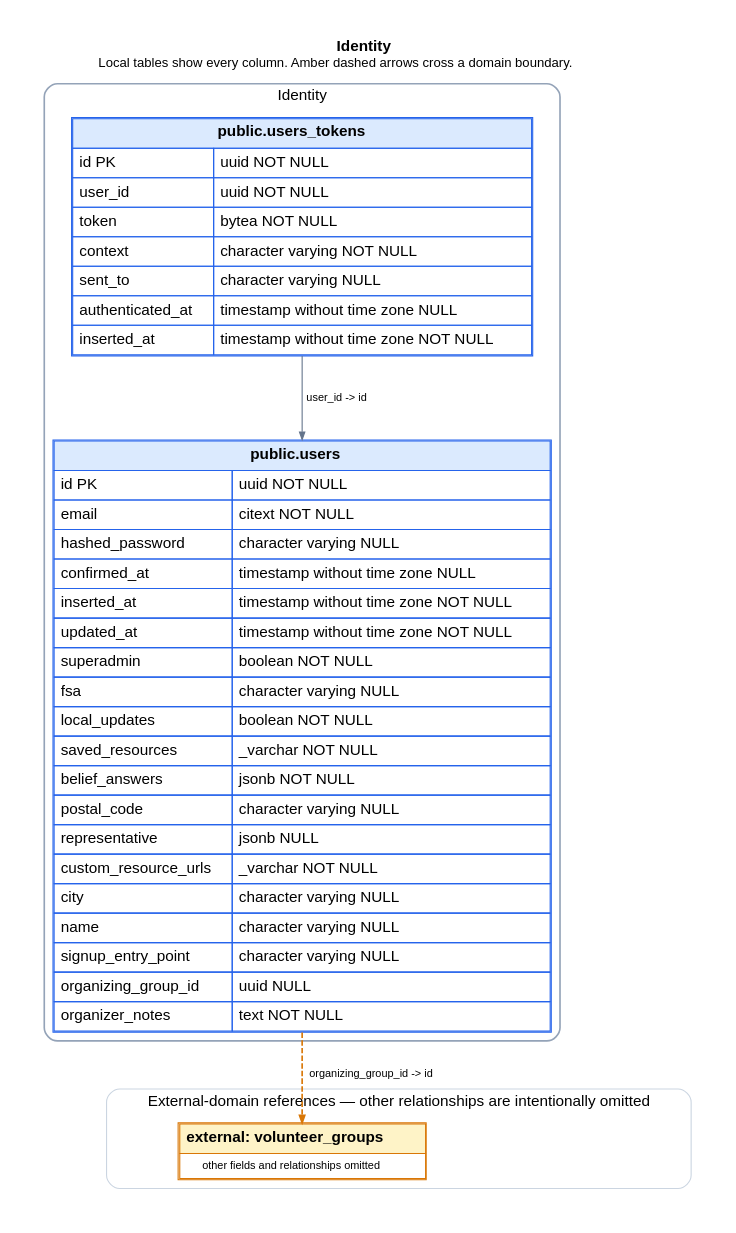
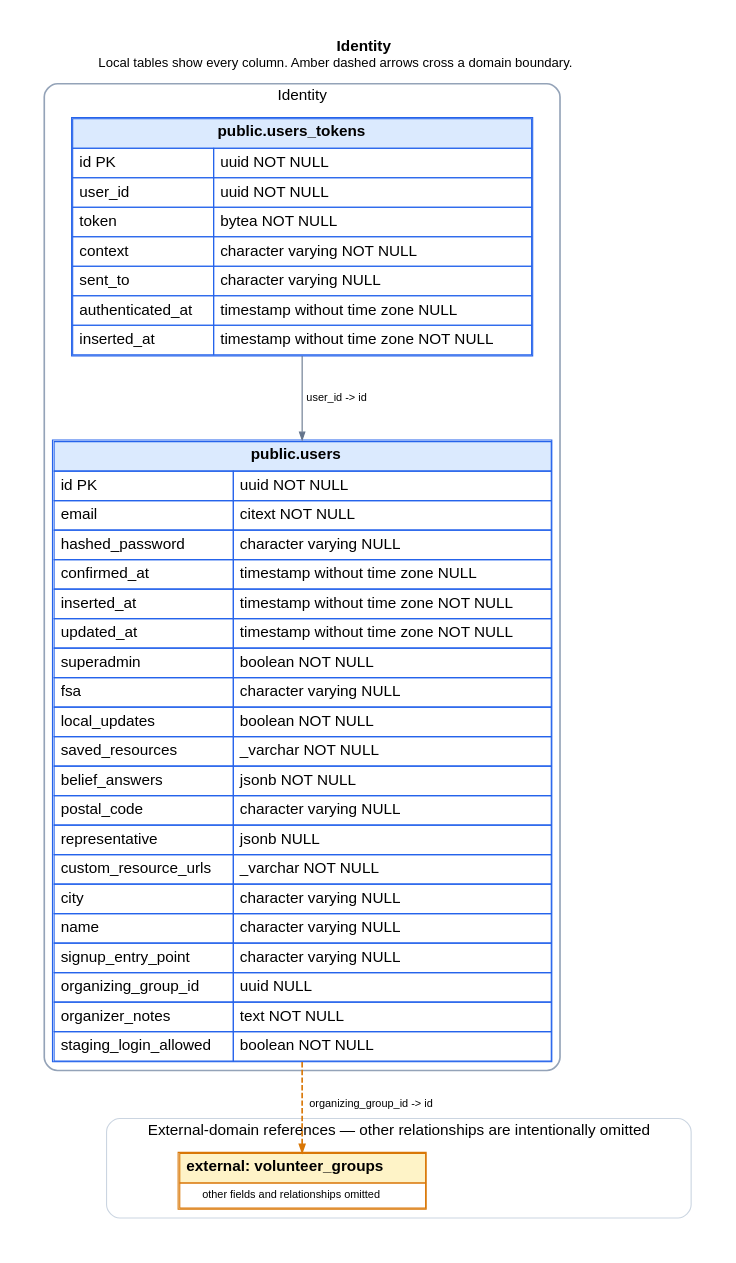
One commit to ogourment/pauseai.ca-website changed the diagram in docs/schema/domains/identity.dot. Above: the diagram before and after it, drawn with Graphviz. The commit also changed 29 other files, not shown here.

```diff
--- a/docs/schema/domains/identity.dot
+++ b/docs/schema/domains/identity.dot
@@ -1,45 +1,45 @@
 digraph identity {
   graph [rankdir=TB, bgcolor="white", pad=0.35, nodesep=0.6, ranksep=0.9, fontname="Helvetica"];
   node [shape=plain, fontname="Helvetica"];
   edge [fontname="Helvetica", fontsize=10, arrowsize=0.7];
   labelloc="t";
   label=< <B>Identity</B><BR/><FONT POINT-SIZE="12">Local tables show every column. Amber dashed arrows cross a domain boundary.</FONT> >;
 
   subgraph cluster_local {
     label="Identity";
     color="#94a3b8";
     penwidth=1.5;
     style="rounded";
   "users" [label=<
     <TABLE BORDER="1" CELLBORDER="1" CELLSPACING="0" CELLPADDING="5" COLOR="#2563eb">
       <TR><TD BGCOLOR="#dbeafe" COLSPAN="2"><B>public.users</B></TD></TR>
-      <TR><TD ALIGN="LEFT">id PK</TD><TD ALIGN="LEFT">uuid NOT NULL</TD></TR><TR><TD ALIGN="LEFT">email</TD><TD ALIGN="LEFT">citext NOT NULL</TD></TR><TR><TD ALIGN="LEFT">hashed_password</TD><TD ALIGN="LEFT">character varying NULL</TD></TR><TR><TD ALIGN="LEFT">confirmed_at</TD><TD ALIGN="LEFT">timestamp without time zone NULL</TD></TR><TR><TD ALIGN="LEFT">inserted_at</TD><TD ALIGN="LEFT">timestamp without time zone NOT NULL</TD></TR><TR><TD ALIGN="LEFT">updated_at</TD><TD ALIGN="LEFT">timestamp without time zone NOT NULL</TD></TR><TR><TD ALIGN="LEFT">superadmin</TD><TD ALIGN="LEFT">boolean NOT NULL</TD></TR><TR><TD ALIGN="LEFT">fsa</TD><TD ALIGN="LEFT">character varying NULL</TD></TR><TR><TD ALIGN="LEFT">local_updates</TD><TD ALIGN="LEFT">boolean NOT NULL</TD></TR><TR><TD ALIGN="LEFT">saved_resources</TD><TD ALIGN="LEFT">_varchar NOT NULL</TD></TR><TR><TD ALIGN="LEFT">belief_answers</TD><TD ALIGN="LEFT">jsonb NOT NULL</TD></TR><TR><TD ALIGN="LEFT">postal_code</TD><TD ALIGN="LEFT">character varying NULL</TD></TR><TR><TD ALIGN="LEFT">representative</TD><TD ALIGN="LEFT">jsonb NULL</TD></TR><TR><TD ALIGN="LEFT">custom_resource_urls</TD><TD ALIGN="LEFT">_varchar NOT NULL</TD></TR><TR><TD ALIGN="LEFT">city</TD><TD ALIGN="LEFT">character varying NULL</TD></TR><TR><TD ALIGN="LEFT">name</TD><TD ALIGN="LEFT">character varying NULL</TD></TR><TR><TD ALIGN="LEFT">signup_entry_point</TD><TD ALIGN="LEFT">character varying NULL</TD></TR><TR><TD ALIGN="LEFT">organizing_group_id</TD><TD ALIGN="LEFT">uuid NULL</TD></TR><TR><TD ALIGN="LEFT">organizer_notes</TD><TD ALIGN="LEFT">text NOT NULL</TD></TR>
+      <TR><TD ALIGN="LEFT">id PK</TD><TD ALIGN="LEFT">uuid NOT NULL</TD></TR><TR><TD ALIGN="LEFT">email</TD><TD ALIGN="LEFT">citext NOT NULL</TD></TR><TR><TD ALIGN="LEFT">hashed_password</TD><TD ALIGN="LEFT">character varying NULL</TD></TR><TR><TD ALIGN="LEFT">confirmed_at</TD><TD ALIGN="LEFT">timestamp without time zone NULL</TD></TR><TR><TD ALIGN="LEFT">inserted_at</TD><TD ALIGN="LEFT">timestamp without time zone NOT NULL</TD></TR><TR><TD ALIGN="LEFT">updated_at</TD><TD ALIGN="LEFT">timestamp without time zone NOT NULL</TD></TR><TR><TD ALIGN="LEFT">superadmin</TD><TD ALIGN="LEFT">boolean NOT NULL</TD></TR><TR><TD ALIGN="LEFT">fsa</TD><TD ALIGN="LEFT">character varying NULL</TD></TR><TR><TD ALIGN="LEFT">local_updates</TD><TD ALIGN="LEFT">boolean NOT NULL</TD></TR><TR><TD ALIGN="LEFT">saved_resources</TD><TD ALIGN="LEFT">_varchar NOT NULL</TD></TR><TR><TD ALIGN="LEFT">belief_answers</TD><TD ALIGN="LEFT">jsonb NOT NULL</TD></TR><TR><TD ALIGN="LEFT">postal_code</TD><TD ALIGN="LEFT">character varying NULL</TD></TR><TR><TD ALIGN="LEFT">representative</TD><TD ALIGN="LEFT">jsonb NULL</TD></TR><TR><TD ALIGN="LEFT">custom_resource_urls</TD><TD ALIGN="LEFT">_varchar NOT NULL</TD></TR><TR><TD ALIGN="LEFT">city</TD><TD ALIGN="LEFT">character varying NULL</TD></TR><TR><TD ALIGN="LEFT">name</TD><TD ALIGN="LEFT">character varying NULL</TD></TR><TR><TD ALIGN="LEFT">signup_entry_point</TD><TD ALIGN="LEFT">character varying NULL</TD></TR><TR><TD ALIGN="LEFT">organizing_group_id</TD><TD ALIGN="LEFT">uuid NULL</TD></TR><TR><TD ALIGN="LEFT">organizer_notes</TD><TD ALIGN="LEFT">text NOT NULL</TD></TR><TR><TD ALIGN="LEFT">staging_login_allowed</TD><TD ALIGN="LEFT">boolean NOT NULL</TD></TR>
     </TABLE>
   >];
 
   "users_tokens" [label=<
     <TABLE BORDER="1" CELLBORDER="1" CELLSPACING="0" CELLPADDING="5" COLOR="#2563eb">
       <TR><TD BGCOLOR="#dbeafe" COLSPAN="2"><B>public.users_tokens</B></TD></TR>
       <TR><TD ALIGN="LEFT">id PK</TD><TD ALIGN="LEFT">uuid NOT NULL</TD></TR><TR><TD ALIGN="LEFT">user_id</TD><TD ALIGN="LEFT">uuid NOT NULL</TD></TR><TR><TD ALIGN="LEFT">token</TD><TD ALIGN="LEFT">bytea NOT NULL</TD></TR><TR><TD ALIGN="LEFT">context</TD><TD ALIGN="LEFT">character varying NOT NULL</TD></TR><TR><TD ALIGN="LEFT">sent_to</TD><TD ALIGN="LEFT">character varying NULL</TD></TR><TR><TD ALIGN="LEFT">authenticated_at</TD><TD ALIGN="LEFT">timestamp without time zone NULL</TD></TR><TR><TD ALIGN="LEFT">inserted_at</TD><TD ALIGN="LEFT">timestamp without time zone NOT NULL</TD></TR>
     </TABLE>
   >];
 
   }
 
   subgraph cluster_external {
     label="External-domain references — other relationships are intentionally omitted";
     color="#cbd5e1";
     penwidth=1;
     style="rounded";
   "volunteer_groups" [label=<
     <TABLE BORDER="1" CELLBORDER="1" CELLSPACING="0" CELLPADDING="5" COLOR="#d97706">
       <TR><TD BGCOLOR="#fef3c7"><B>external: volunteer_groups</B></TD></TR>
       <TR><TD><FONT POINT-SIZE="10">other fields and relationships omitted</FONT></TD></TR>
     </TABLE>
   >];
 
   }
 
   "users" -> "volunteer_groups" [label="organizing_group_id -> id", color="#d97706", style="dashed", penwidth=1.5];
   "users_tokens" -> "users" [label="user_id -> id", color="#64748b"];
 }
```
